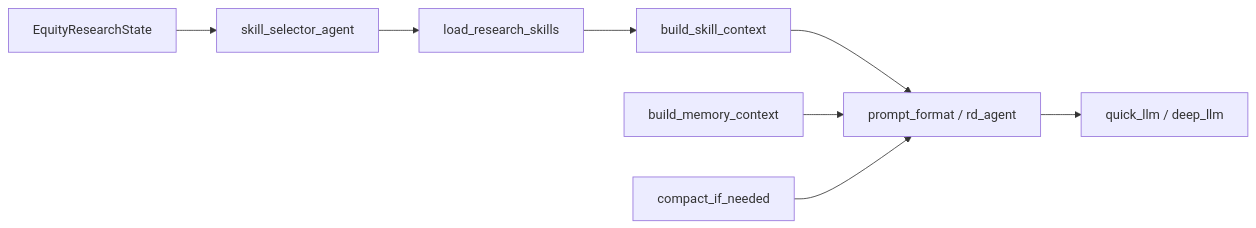
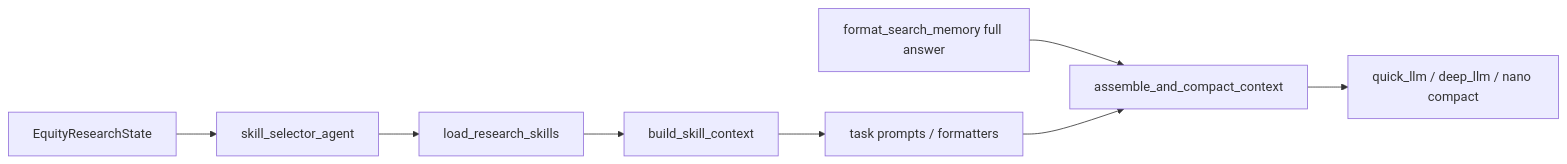
One commit to libazhahei/EquityAgents changed the fourth of 4 diagrams in docs/equity_research/context.md. Above: the diagram before and after it, drawn with Mermaid. The commit also changed other lines of this file and 28 other files, not shown here.

````diff
--- a/docs/equity_research/context.md
+++ b/docs/equity_research/context.md
@@ -173,10 +211,10 @@
 ```mermaid
 flowchart LR
     State[EquityResearchState] --> Select[skill_selector_agent]
     Select --> Load[load_research_skills]
     Load --> Apply[build_skill_context]
-    Apply --> Format[prompt_format / rd_agent]
-    Memory[build_memory_context] --> Format
-    Compact[compact_if_needed] --> Format
-    Format --> LLM[quick_llm / deep_llm]
+    Apply --> Format[task prompts / formatters]
+    Memory[format_search_memory full answer] --> Assemble
+    Format --> Assemble[assemble_and_compact_context]
+    Assemble --> LLM[quick_llm / deep_llm / nano compact]
 ```
````
